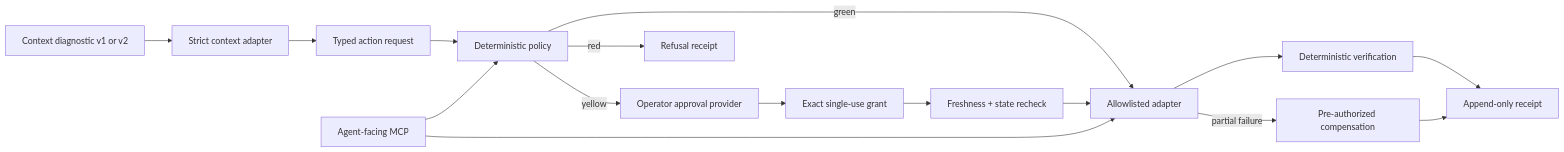
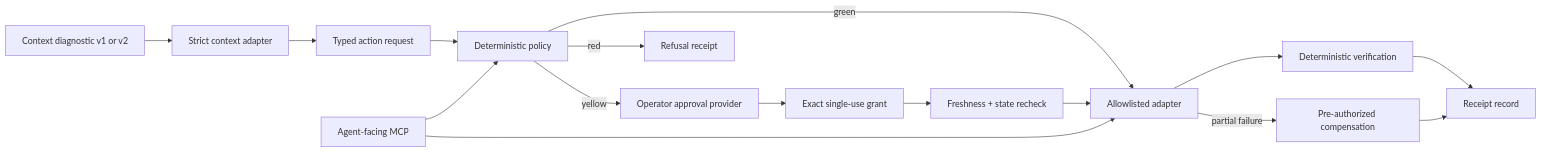
The diagram in README.md (Kaagemusha/governed-action-lab), drawn with Mermaid before and after one commit. The commit also changed other lines of this file and 20 other files, not shown here.

````diff
--- a/README.md
+++ b/README.md
@@ -206,18 +235,18 @@
 ```mermaid
 flowchart LR
     C["Context diagnostic v1 or v2"] --> A["Strict context adapter"]
     A --> Q["Typed action request"]
     Q --> P["Deterministic policy"]
     P -->|green| X["Allowlisted adapter"]
     P -->|yellow| H["Operator approval provider"]
     P -->|red| F["Refusal receipt"]
     H --> B["Exact single-use grant"]
     B --> R["Freshness + state recheck"]
     R --> X
     X --> V["Deterministic verification"]
     X -->|partial failure| K["Pre-authorized compensation"]
-    V --> E["Append-only receipt"]
+    V --> E["Receipt record"]
     K --> E
     M["Agent-facing MCP"] --> P
     M --> X
 ```
````
